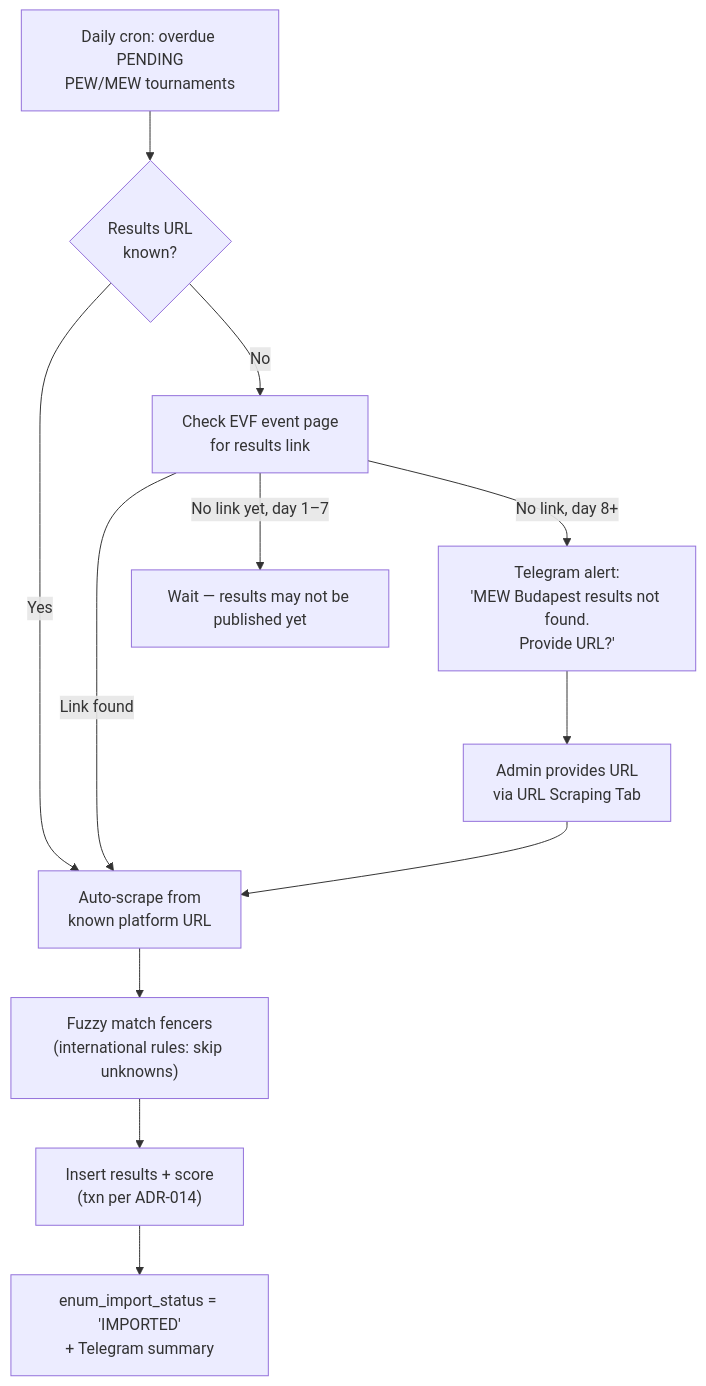
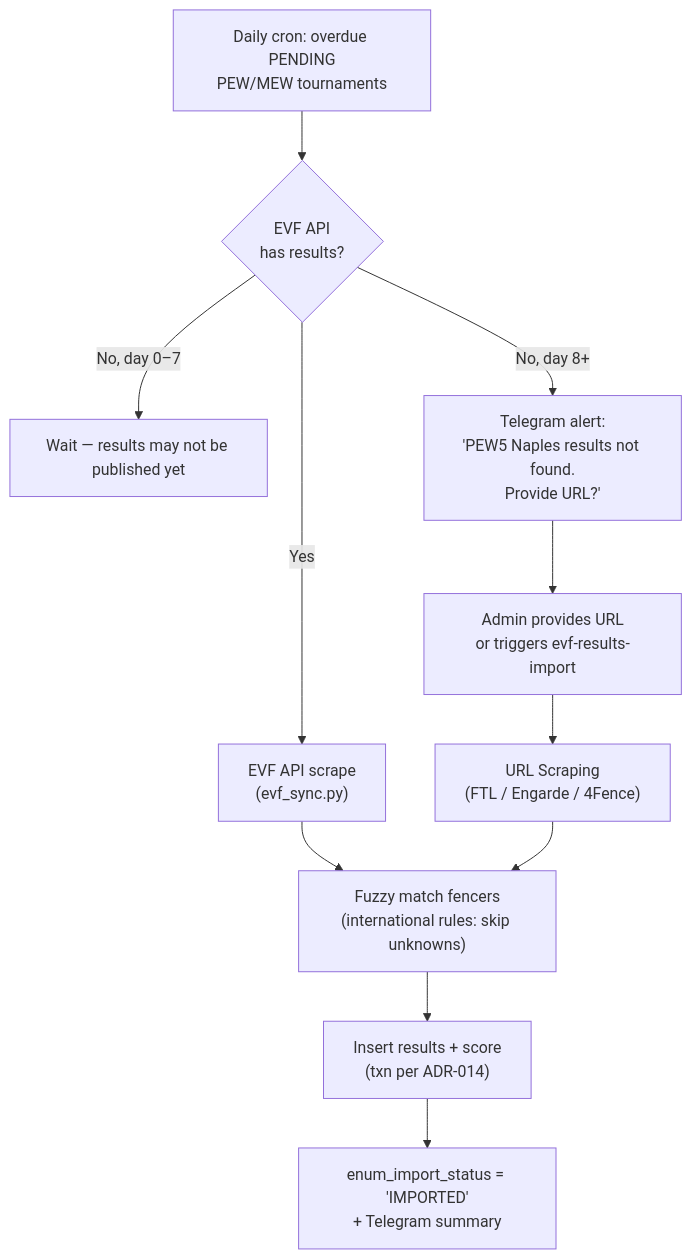
The fourth of 6 diagrams in doc/Go-to-PROD.md (Fencer4Life/spws-automated-ranklist), drawn with Mermaid before and after one commit. The commit also changed other lines of this file, not shown here.

First line of the commit message:
Update Go-to-PROD test counts (696 total), clean up PEW10 from PROD

````diff
--- a/doc/Go-to-PROD.md
+++ b/doc/Go-to-PROD.md
@@ -248,14 +254,13 @@
 ```mermaid
 flowchart TD
-    CRON["Daily cron: overdue PENDING\nPEW/MEW tournaments"] --> CHECK_URL{"Results URL\nknown?"}
-    CHECK_URL -->|"Yes"| SCRAPE["Auto-scrape from\nknown platform URL"]
-    CHECK_URL -->|"No"| CHECK_EVF["Check EVF event page\nfor results link"]
-    CHECK_EVF -->|"Link found"| SCRAPE
-    CHECK_EVF -->|"No link yet, day 1–7"| WAIT["Wait — results may not be published yet"]
-    CHECK_EVF -->|"No link, day 8+"| ALERT["Telegram alert:\n'MEW Budapest results not found.\nProvide URL?'"]
-    ALERT --> ADMIN_URL["Admin provides URL\nvia URL Scraping Tab"]
-    ADMIN_URL --> SCRAPE
-    SCRAPE --> MATCH["Fuzzy match fencers\n(international rules: skip unknowns)"]
+    CRON["Daily cron: overdue PENDING\nPEW/MEW tournaments"] --> CHECK_EVF{"EVF API\nhas results?"}
+    CHECK_EVF -->|"Yes"| EVF_SCRAPE["EVF API scrape\n(evf_sync.py)"]
+    CHECK_EVF -->|"No, day 0–7"| WAIT["Wait — results may not be published yet"]
+    CHECK_EVF -->|"No, day 8+"| ALERT["Telegram alert:\n'PEW5 Naples results not found.\nProvide URL?'"]
+    ALERT --> ADMIN_URL["Admin provides URL\nor triggers evf-results-import"]
+    ADMIN_URL --> FALLBACK["URL Scraping\n(FTL / Engarde / 4Fence)"]
+    EVF_SCRAPE --> MATCH["Fuzzy match fencers\n(international rules: skip unknowns)"]
+    FALLBACK --> MATCH
     MATCH --> IMPORT["Insert results + score\n(txn per ADR-014)"]
     IMPORT --> DONE["enum_import_status = 'IMPORTED'\n+ Telegram summary"]
 ```
````
